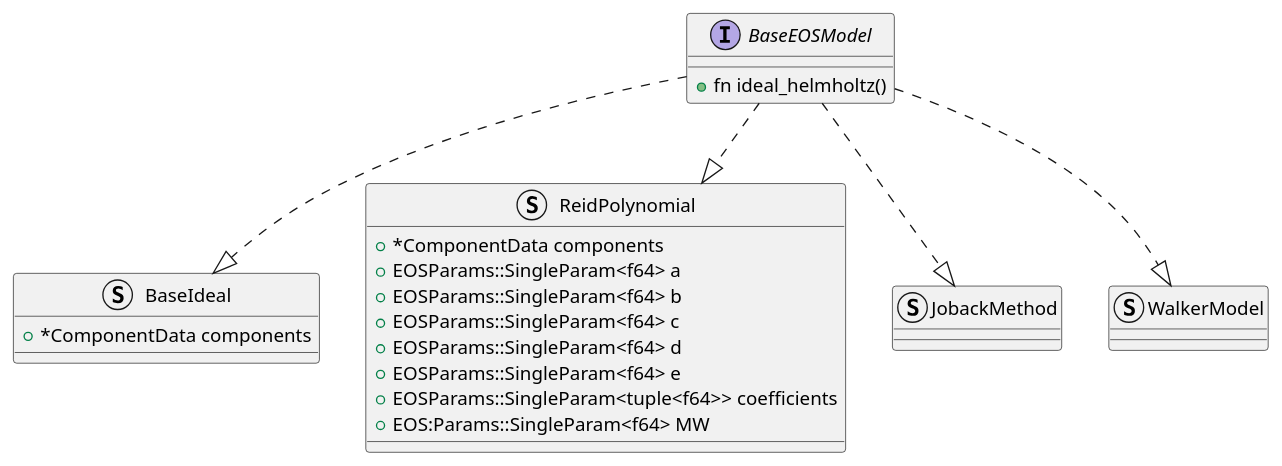
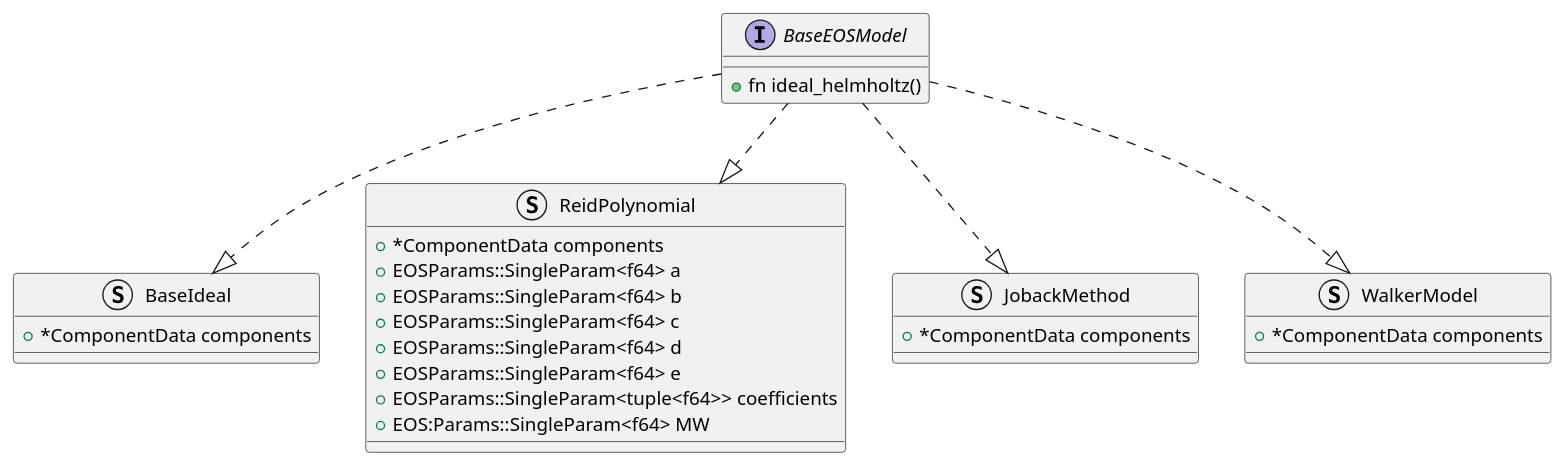
One commit to OSCPS-Project/OSCPS-UML changed the diagram in thermo-module/thermo-packages/ideal-eos-module.puml. Above: the diagram before and after it, drawn with PlantUML. The commit also changed 4 other files, not shown here.

Commit message:
switching to using svg files for the main UML diagram image

```diff
--- a/thermo-module/thermo-packages/ideal-eos-module.puml
+++ b/thermo-module/thermo-packages/ideal-eos-module.puml
@@ -1,35 +1,35 @@
 @startuml ideal_eos_class_diagram
 
 Interface BaseEOSModel {
     + fn ideal_helmholtz()    
 }
 
 Struct BaseIdeal {
     + *ComponentData components
 }
 
 Struct ReidPolynomial {
     + *ComponentData components
     + EOSParams::SingleParam<f64> a
     + EOSParams::SingleParam<f64> b
     + EOSParams::SingleParam<f64> c
     + EOSParams::SingleParam<f64> d
     + EOSParams::SingleParam<f64> e
     + EOSParams::SingleParam<tuple<f64>> coefficients
     + EOS:Params::SingleParam<f64> MW
 }
 
 Struct JobackMethod {
-
+    + *ComponentData components
 }
 
 Struct WalkerModel {
-
+    + *ComponentData components
 }
 
 BaseEOSModel ..|> BaseIdeal
 BaseEOSModel ..|> ReidPolynomial
 BaseEOSModel ..|> JobackMethod
 BaseEOSModel ..|> WalkerModel
 
 @enduml
```
